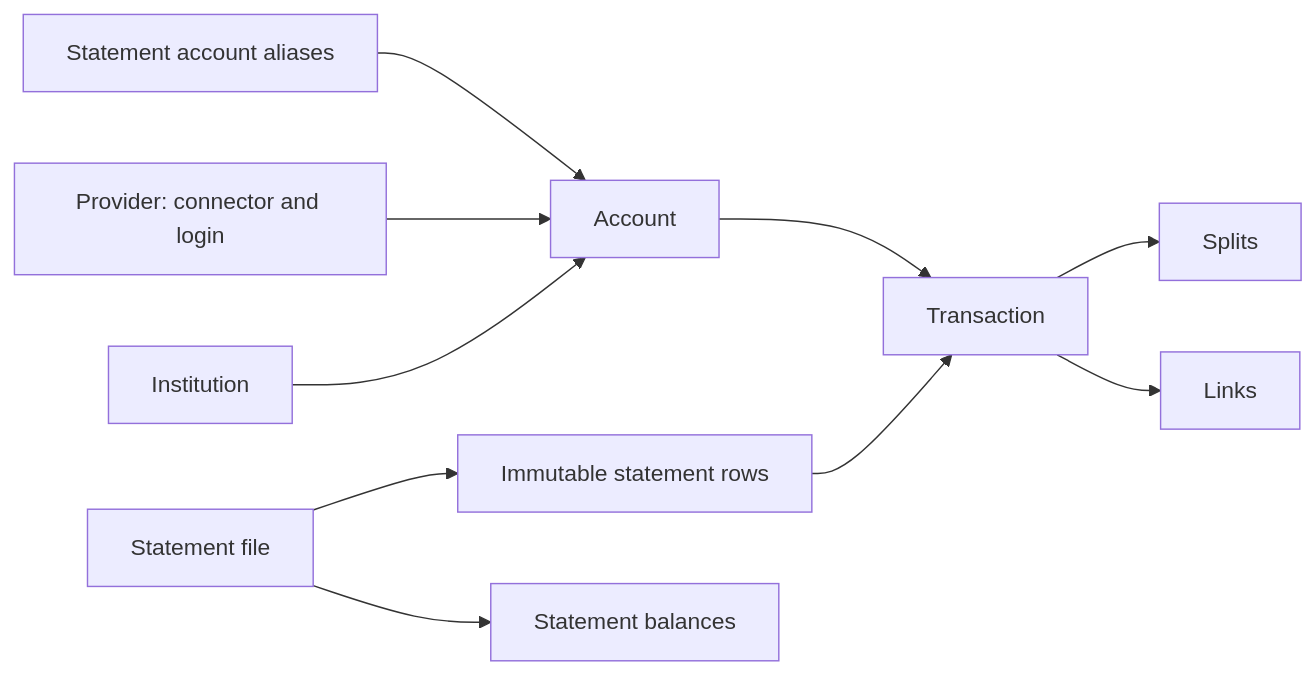
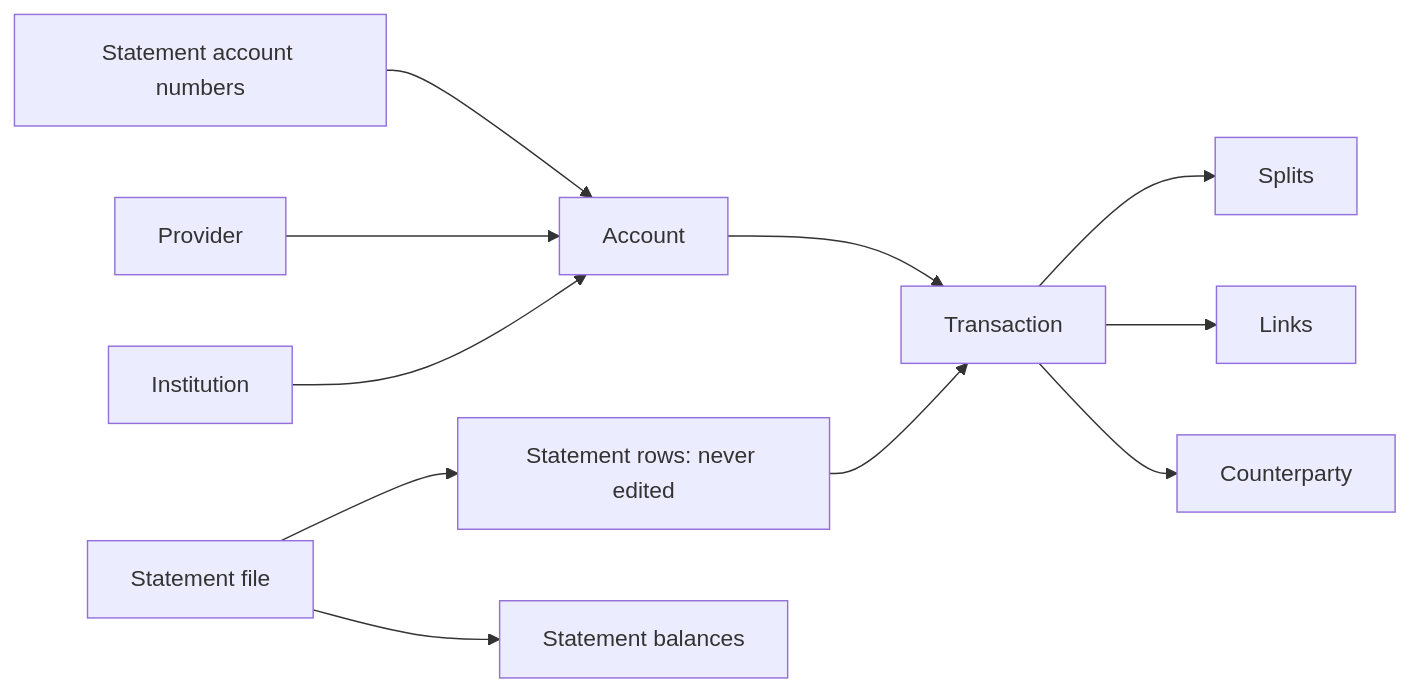
One commit to spinningyoyo/omsync changed the second of 3 diagrams in docs/architecture/ledger.md. Above: the diagram before and after it, drawn with Mermaid. The commit also changed other lines of this file and 140 other files, not shown here.

````diff
--- a/docs/architecture/ledger.md
+++ b/docs/architecture/ledger.md
@@ -31,12 +25,13 @@
 ```mermaid
 flowchart LR
     Institution --> Account
-    Provider[Provider: connector and login] --> Account
-    Alias[Statement account aliases] --> Account
-    File[Statement file] --> Row[Immutable statement rows]
+    Provider[Provider] --> Account
+    Alias[Statement account numbers] --> Account
+    File[Statement file] --> Row[Statement rows: never edited]
     Row --> Transaction
     Account --> Transaction
     Transaction --> Splits
     Transaction --> Links
+    Transaction --> Counterparty
     File --> Balance[Statement balances]
 ```
````
